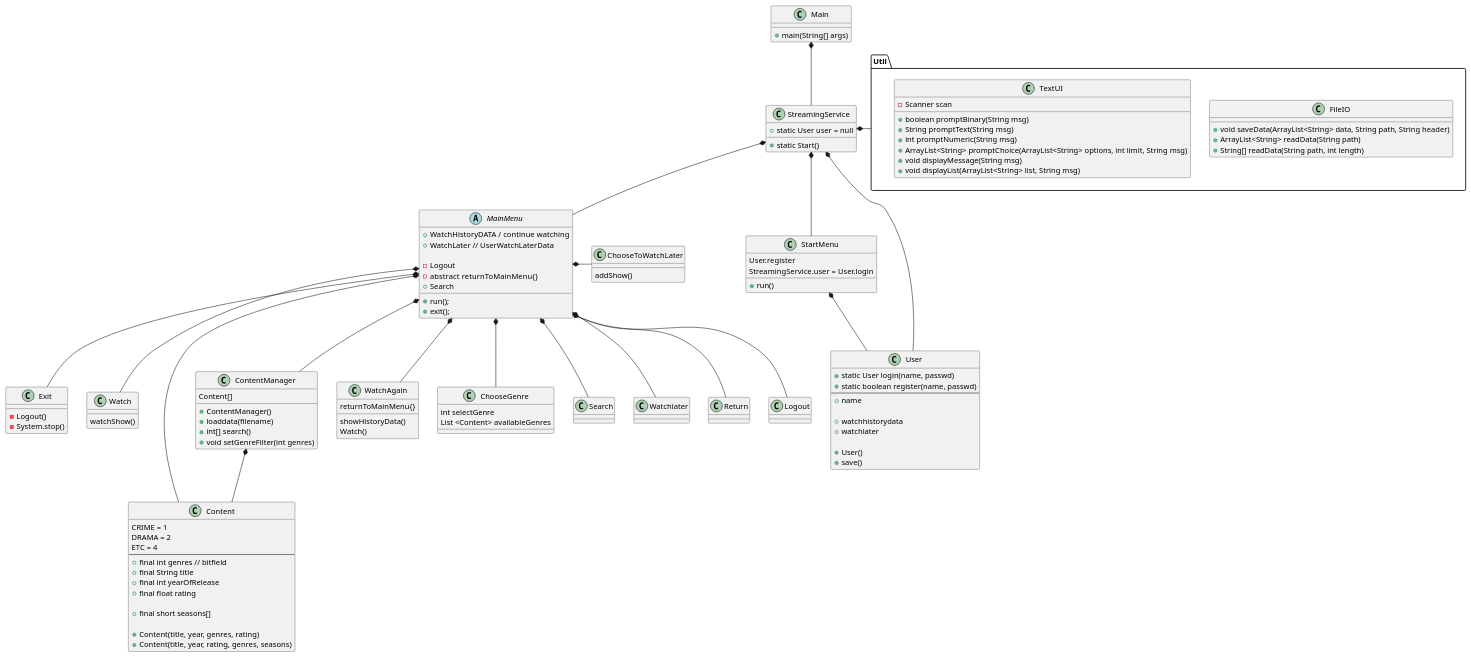
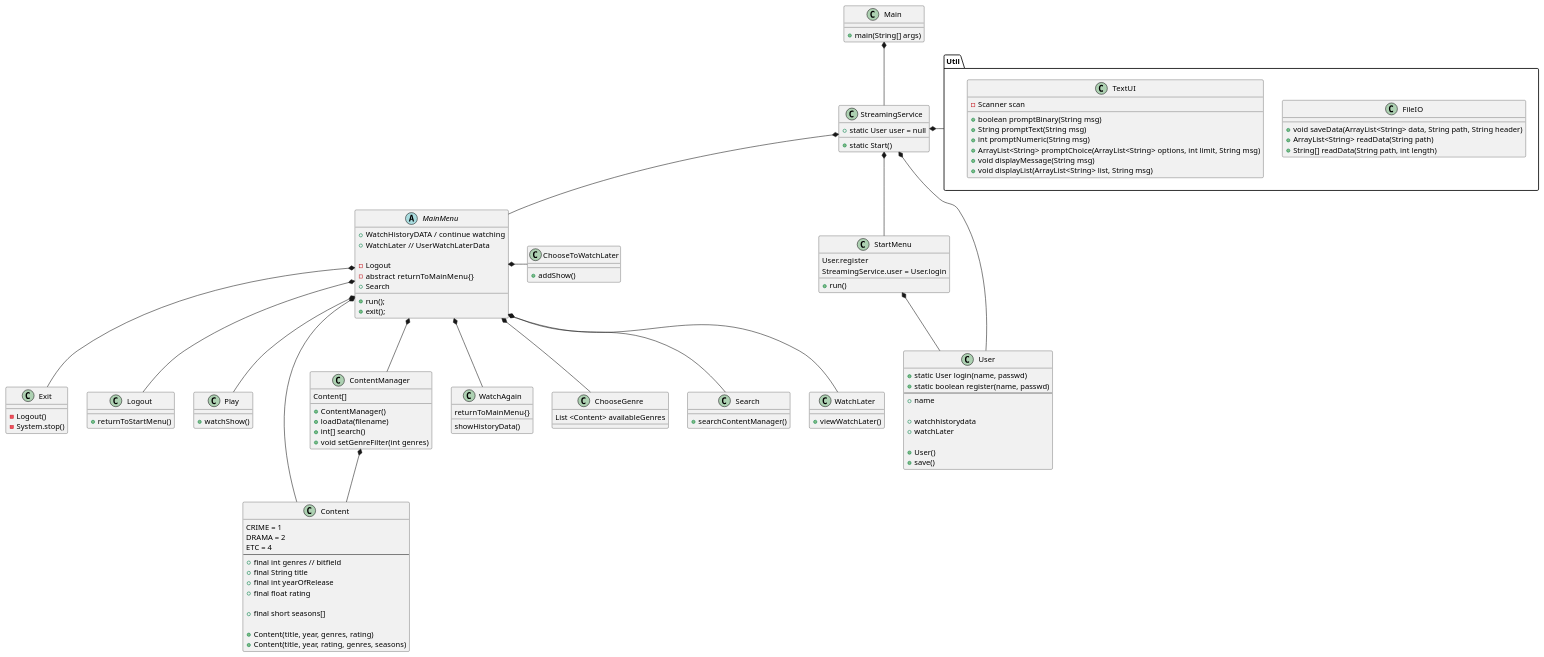
Before and after one commit to olivermjmj/SP3_streamingTjeneste: the diagram in streamingTjeneste/diagrams/ClassDiagram_V1.puml, drawn with PlantUML. The commit also changed 14 other files, not shown here.

Commit message:
Added all the classes and updated the classDiagram

```diff
--- a/streamingTjeneste/diagrams/ClassDiagram_V1.puml
+++ b/streamingTjeneste/diagrams/ClassDiagram_V1.puml
@@ -1,137 +1,146 @@
 @startuml
 'https://plantuml.com/class-diagram
 
 class Main {
     + main(String[] args)
 }
 
 class Exit {
     - Logout()
     - System.stop()
 
+}
+
+class Logout {
+   + returnToStartMenu()
 }
 
 class StreamingService {
     + static User user = null
     + static Start()
 }
 
 class StartMenu {
     User.register
     StreamingService.user = User.login
     + run()
 }
 
 
-class Watch {
-    watchShow()
+class Play {
+   + watchShow()
 
 }
 
 abstract class MainMenu{
 
 
     + WatchHistoryDATA / continue watching
     + WatchLater // UserWatchLaterData
 
     - Logout
     - abstract  returnToMainMenu{}
     + Search
     + run();
     + exit();
 }
 
 class User {
     + static User login(name, passwd)
     + static boolean register(name, passwd)
     ---
     + name
 
     + watchhistorydata
-    + watchlater
+    + watchLater
 
     + User()
     + save()
 }
 
 class Content {
     CRIME = 1
     DRAMA = 2
     ETC = 4
     ---
     + final int genres // bitfield
     + final String title
     + final int yearOfRelease
     + final float rating
 
     + final short seasons[]
 
     + Content(title, year, genres, rating)
     + Content(title, year, rating, genres, seasons)
 }
 
 class ContentManager {
     Content[]
 
     + ContentManager()
-    + loaddata(filename)
+    + loadData(filename)
     + int[] search()
     + void setGenreFilter(int genres)
 }
 
 class ChooseToWatchLater {
-    addShow()
+    + addShow()
 }
 
 class WatchAgain {
     showHistoryData()
-    Watch()
     returnToMainMenu{}
 }
 
 class ChooseGenre {
-    int selectGenre
     List <Content> availableGenres
 }
 
 
 package "Util" {
     class FileIO {
     + void saveData(ArrayList<String> data, String path, String header)
     + ArrayList<String> readData(String path)
     + String[] readData(String path, int length)
     }
     class TextUI {
     - Scanner scan
     + boolean promptBinary(String msg)
     + String promptText(String msg)
     + int promptNumeric(String msg)
     + ArrayList<String> promptChoice(ArrayList<String> options, int limit, String msg)
     + void displayMessage(String msg)
     + void displayList(ArrayList<String> list, String msg)
     }
 }
 
+class Search {
+    + searchContentManager()
+}
+
+class WatchLater {
+    + viewWatchLater()
+}
+
 StreamingService *-- User
 Main *-- StreamingService
 StreamingService *-- StartMenu
 StreamingService *-- MainMenu
 
 StartMenu *-- User
 
 MainMenu *-- Search
 MainMenu *-- Content
 MainMenu *-- ContentManager
 ContentManager *-- Content
-MainMenu *-- Watchlater
+MainMenu *-- WatchLater
 MainMenu *-- WatchAgain
 MainMenu *--ChooseGenre
 
 MainMenu *- ChooseToWatchLater
-MainMenu *-- Watch
-MainMenu *-- Return
+MainMenu *-- Play
 MainMenu *-- Exit
 MainMenu *-- Logout
 StreamingService *- Util
 
 @enduml
```
